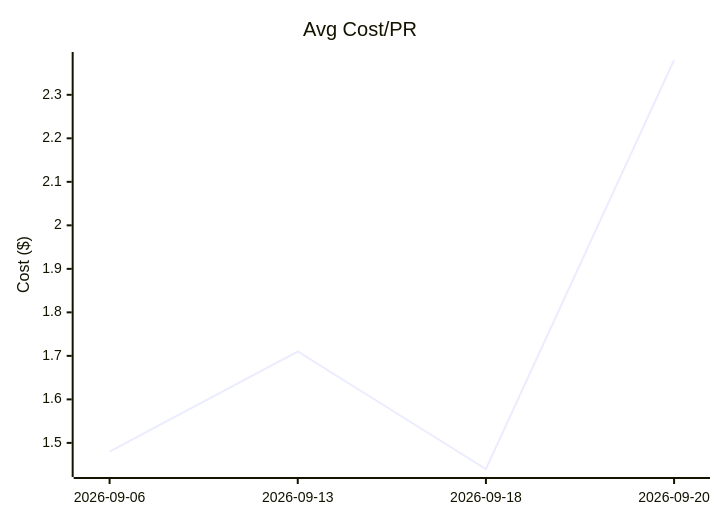
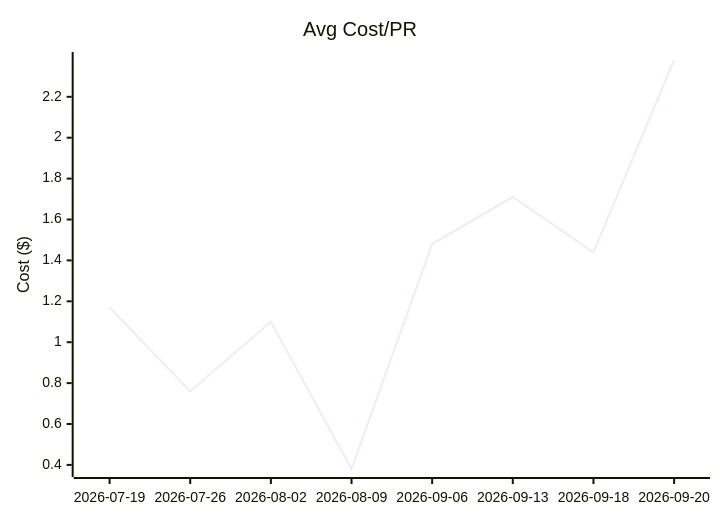
One commit to Sanctum-Origo-Systems/autoloop changed the second of 3 diagrams in EVAL.md. Above: the diagram before and after it, drawn with Mermaid. The commit also changed other lines of this file, not shown here.

````diff
--- a/EVAL.md
+++ b/EVAL.md
@@ -35,7 +39,7 @@
 ```mermaid
 xychart-beta
     title "Avg Cost/PR"
-    x-axis ["2026-09-06", "2026-09-13", "2026-09-18", "2026-09-20"]
+    x-axis ["2026-07-19", "2026-07-26", "2026-08-02", "2026-08-09", "2026-09-06", "2026-09-13", "2026-09-18", "2026-09-20"]
     y-axis "Cost ($)"
-    line [1.48, 1.71, 1.44, 2.38]
+    line [1.17, 0.76, 1.10, 0.38, 1.48, 1.71, 1.44, 2.38]
 ```
````
